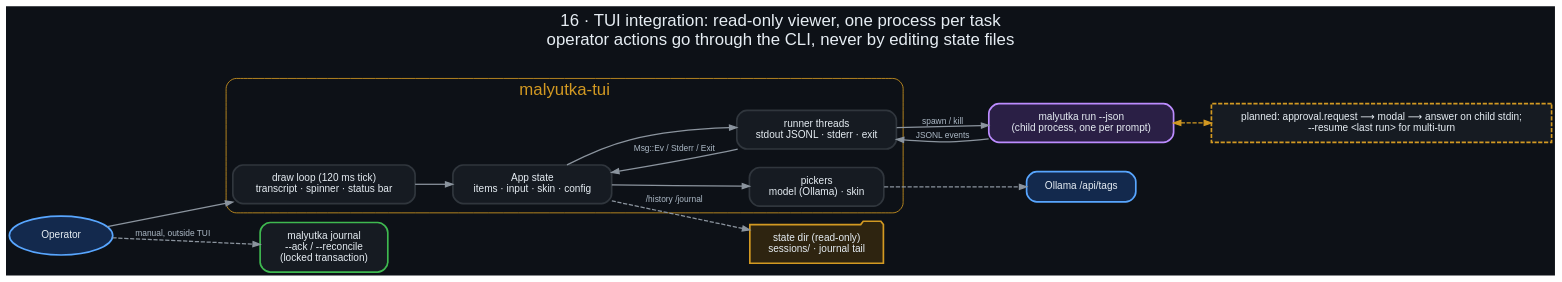
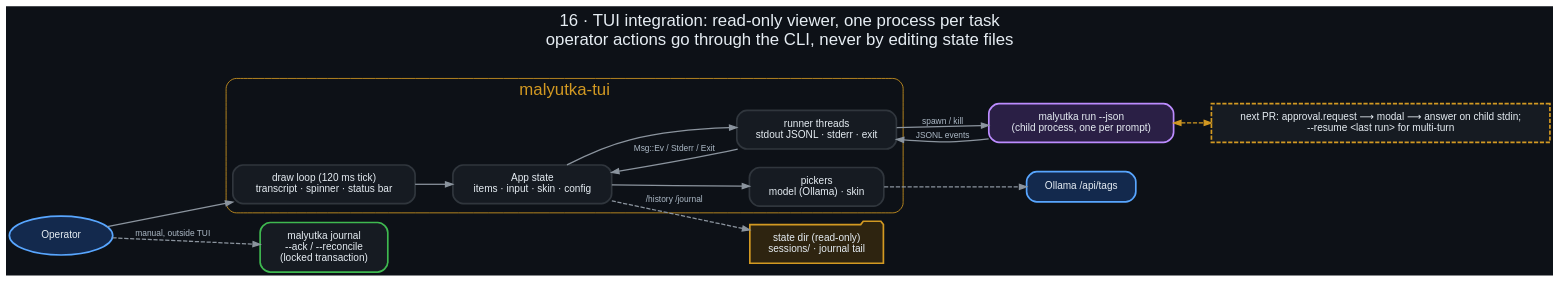
The diagram in docs/diagrams/16_tui_integration.dot (danindiana/malyutka), drawn with Graphviz before and after one commit. The commit also changed 37 other files, not shown here.

```diff
--- a/docs/diagrams/16_tui_integration.dot
+++ b/docs/diagrams/16_tui_integration.dot
@@ -1,24 +1,24 @@
 digraph tuiint {
     graph [bgcolor="#0d1117", fontname="Helvetica", fontcolor="#e6edf3", labelloc="t", fontsize=20, rankdir=LR,
            label="16 · TUI integration: read-only viewer, one process per task\noperator actions go through the CLI, never by editing state files\n ", nodesep=0.3, ranksep=0.6];
     node  [fontname="Helvetica", fontcolor="#e6edf3", color="#30363d", style="filled,rounded", shape=box, penwidth=2, margin="0.22,0.14", fillcolor="#161b22", fontsize=12];
     edge  [color="#8b949e", fontname="Helvetica", fontcolor="#adbac7", penwidth=1.5, arrowsize=0.85, fontsize=10];
 
     op [label="Operator", shape=oval, color="#58a6ff", fillcolor="#13294d"];
     subgraph cluster_t { label="malyutka-tui"; fontcolor="#d29922"; color="#d29922"; style="rounded";
       ui [label="draw loop (120 ms tick)\ntranscript · spinner · status bar"];
       app [label="App state\nitems · input · skin · config"];
       rn [label="runner threads\nstdout JSONL · stderr · exit"];
       pk [label="pickers\nmodel (Ollama) · skin"]; }
     cli [label="malyutka run --json\n(child process, one per prompt)", color="#bc8cff", fillcolor="#2a1f45"];
     ro [label="state dir (read-only)\nsessions/ · journal tail", shape=folder, color="#d29922", fillcolor="#2e2410"];
     opcmd [label="malyutka journal\n--ack / --reconcile\n(locked transaction)", color="#3fb950"];
     oll [label="Ollama /api/tags", color="#58a6ff", fillcolor="#13294d"];
-    plan [label="planned: approval.request ⟶ modal ⟶ answer on child stdin;\n--resume <last run> for multi-turn", color="#d29922", style="filled,dashed"];
+    plan [label="next PR: approval.request ⟶ modal ⟶ answer on child stdin;\n--resume <last run> for multi-turn", color="#d29922", style="filled,dashed"];
 
     op -> ui; ui -> app; app -> rn; rn -> cli [label="spawn / kill"]; cli -> rn [label="JSONL events"];
     rn -> app [label="Msg::Ev / Stderr / Exit"];
     pk -> oll [style=dashed]; app -> pk; app -> ro [style=dashed, label="/history /journal"];
     op -> opcmd [style=dashed, label="manual, outside TUI"];
     cli -> plan [style=dashed, dir=both, color="#d29922"];
 }
```
